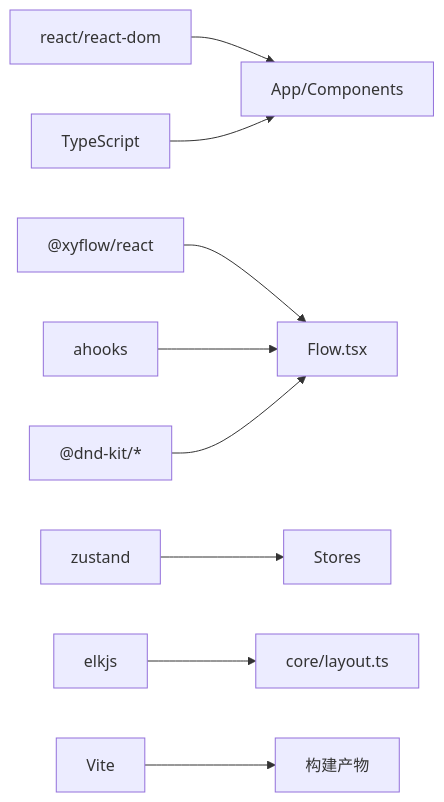
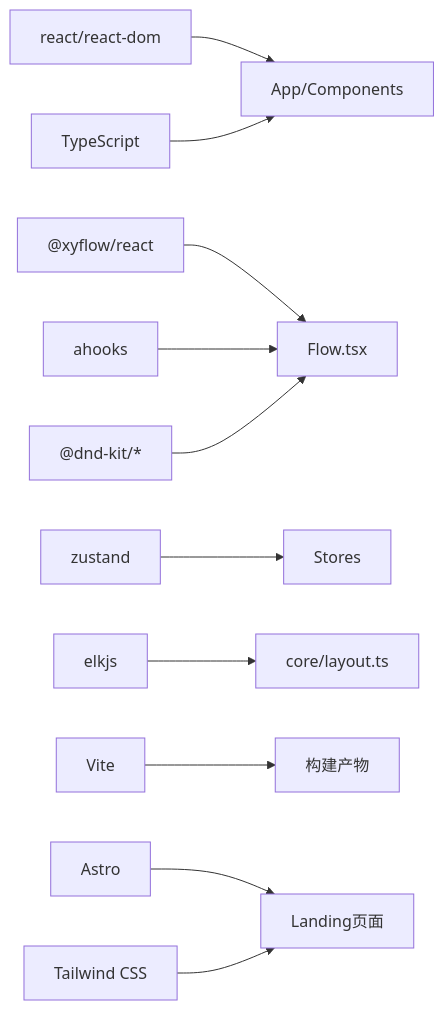
One commit to kqcoxn/MaaPipelineEditor changed the ninth of 9 diagrams in .qoder/repowiki/zh/content/开发者指南/代码结构说明/前端架构设计/前端架构设计.md. Above: the diagram before and after it, drawn with Mermaid. The commit also changed other lines of this file and 50 other files, not shown here.

````diff
--- a/.qoder/repowiki/zh/content/开发者指南/代码结构说明/前端架构设计/前端架构设计.md
+++ b/.qoder/repowiki/zh/content/开发者指南/代码结构说明/前端架构设计/前端架构设计.md
@@ -330,11 +461,13 @@
 ```mermaid
 graph LR
 REACT["react/react-dom"] --> APP["App/Components"]
 XYFLOW["@xyflow/react"] --> FLOW["Flow.tsx"]
 ZUSTAND["zustand"] --> STORES["Stores"]
 AH["ahooks"] --> FLOW
 DND["@dnd-kit/*"] --> FLOW
 ELK["elkjs"] --> CORE["core/layout.ts"]
 TS["TypeScript"] --> APP
 VITE["Vite"] --> BUILD["构建产物"]
+ASTRO["Astro"] --> LANDING["Landing页面"]
+TAILWIND["Tailwind CSS"] --> LANDING
 ```
````
